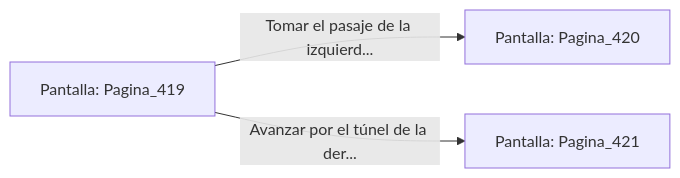
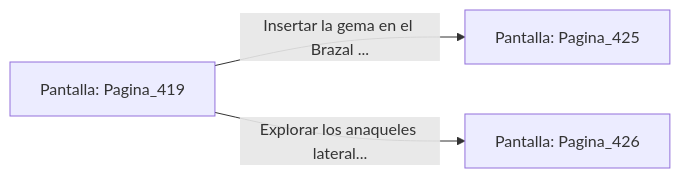
The diagram in sample/eligejuego-vault/Pantalla_Pagina_419.md (metsuke/mpl), drawn with Mermaid before and after one commit. The commit also changed other lines of this file and 635 other files, not shown here.

First line of the commit message:
fix: añadir Pagina_1 como pantalla inicial en capitulo_01.mpl

````diff
--- a/sample/eligejuego-vault/Pantalla_Pagina_419.md
+++ b/sample/eligejuego-vault/Pantalla_Pagina_419.md
@@ -20,6 +24,6 @@
 ```mermaid
 graph LR
     P_Pagina_419["Pantalla: Pagina_419"]
-    P_Pagina_419 -->|"Tomar el pasaje de la izquierd..."| P_Pagina_420["Pantalla: Pagina_420"]
-    P_Pagina_419 -->|"Avanzar por el túnel de la der..."| P_Pagina_421["Pantalla: Pagina_421"]
+    P_Pagina_419 -->|"Insertar la gema en el Brazal ..."| P_Pagina_425["Pantalla: Pagina_425"]
+    P_Pagina_419 -->|"Explorar los anaqueles lateral..."| P_Pagina_426["Pantalla: Pagina_426"]
 ```
````
